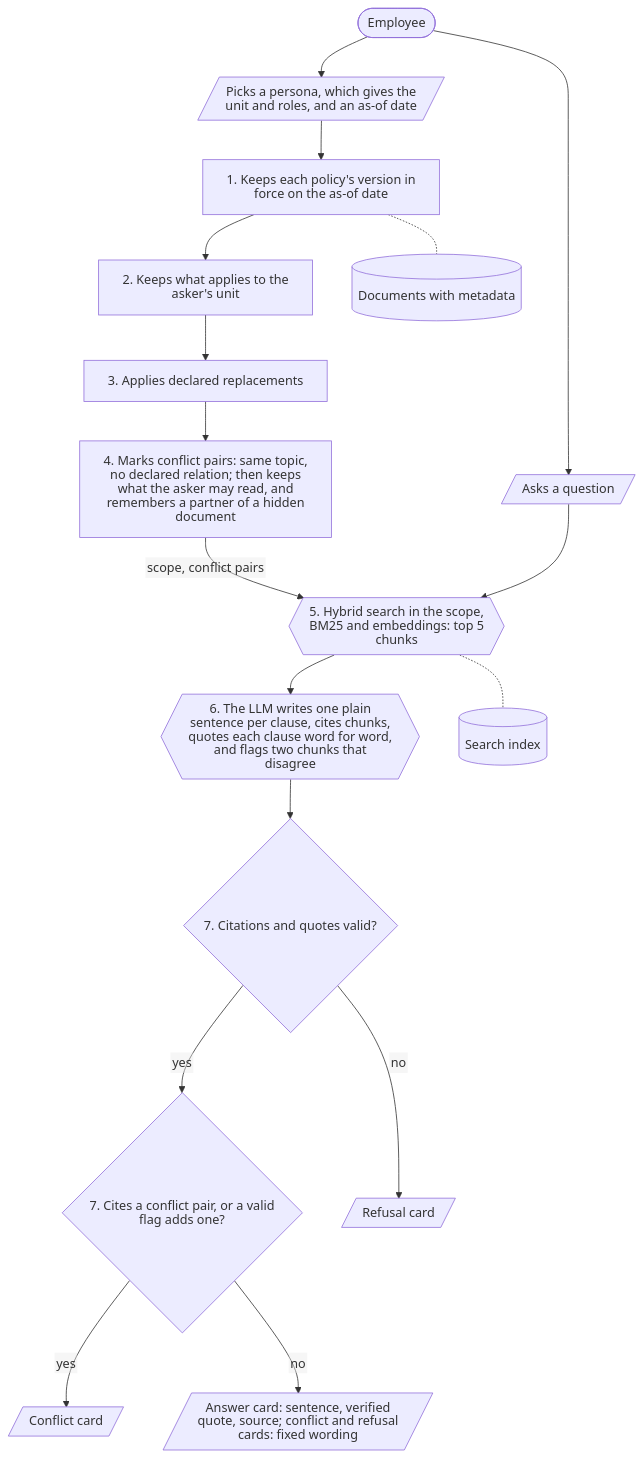
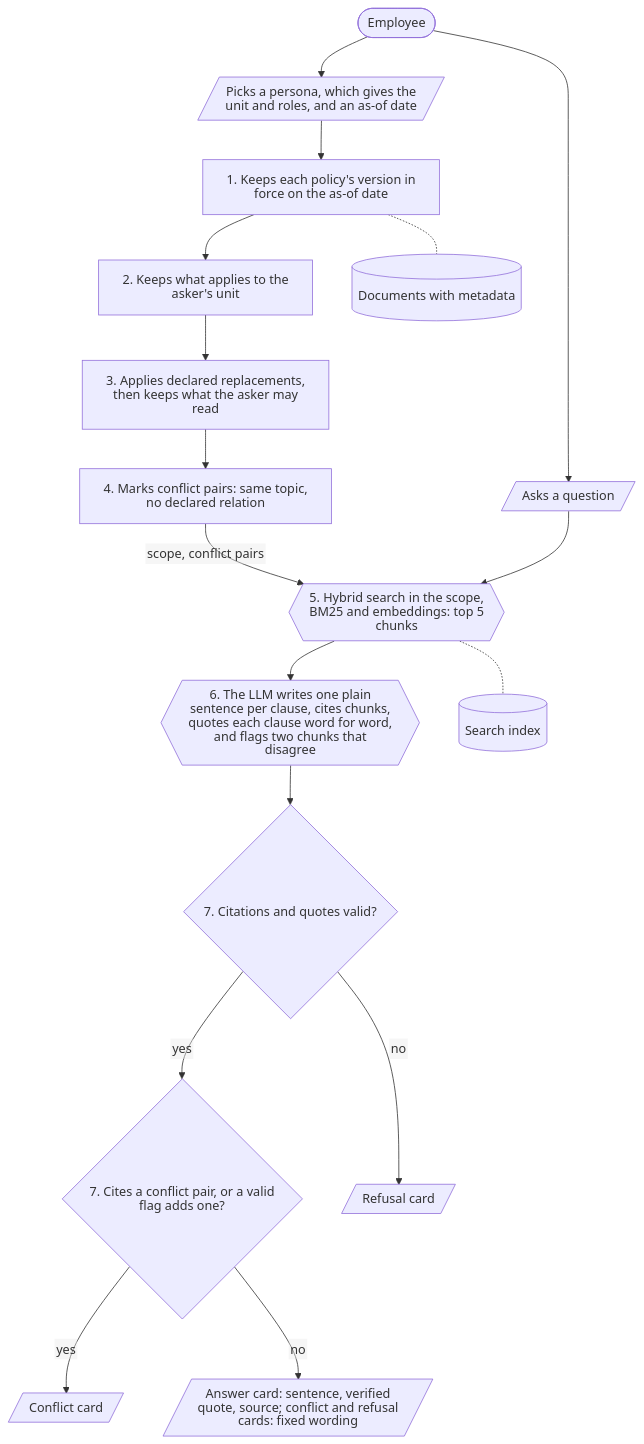
The first of 2 diagrams in docs/architecture.md (Park-Hip/next-gen-2026), drawn with Mermaid before and after one commit. The commit also changed other lines of this file and 16 other files, not shown here.

Commit message:
Drop the G3.6 fix: a hidden conflict partner is an owner error, ADR 0015 records the owner rule (#87)

````diff
--- a/docs/architecture.md
+++ b/docs/architecture.md
@@ -21,36 +21,36 @@
 ```mermaid
 ---
 config:
   htmlLabels: false
   flowchart:
     htmlLabels: false
     wrappingWidth: 260
 ---
 flowchart TD
     employee([Employee])
     context[/"Picks a persona, which gives the unit and roles, and an as-of date"/]
     question[/"Asks a question"/]
     s1["1. Keeps each policy's version in force on the as-of date"]
     s2["2. Keeps what applies to the asker's unit"]
-    s3["3. Applies declared replacements"]
-    s4["4. Marks conflict pairs: same topic, no declared relation; then keeps what the asker may read, and remembers a partner of a hidden document"]
+    s3["3. Applies declared replacements, then keeps what the asker may read"]
+    s4["4. Marks conflict pairs: same topic, no declared relation"]
     s5{{"5. Hybrid search in the scope, BM25 and embeddings: top 5 chunks"}}
     s6{{"6. The LLM writes one plain sentence per clause, cites chunks, quotes each clause word for word, and flags two chunks that disagree"}}
     valid{"7. Citations and quotes valid?"}
     conflict{"7. Cites a conflict pair, or a valid flag adds one?"}
     refusal[/"Refusal card"/]
     conflictcard[/"Conflict card"/]
     answercard[/"Answer card: sentence, verified quote, source; conflict and refusal cards: fixed wording"/]
     documents[("Documents with metadata")]
     index[("Search index")]
 
     employee --> context --> s1 --> s2 --> s3 --> s4 -- scope, conflict pairs --> s5
     employee --> question --> s5
     s5 --> s6 --> valid
     valid -- no --> refusal
     valid -- yes --> conflict
     conflict -- yes --> conflictcard
     conflict -- no --> answercard
     s1 -.- documents
     s5 -.- index
 ```
````
